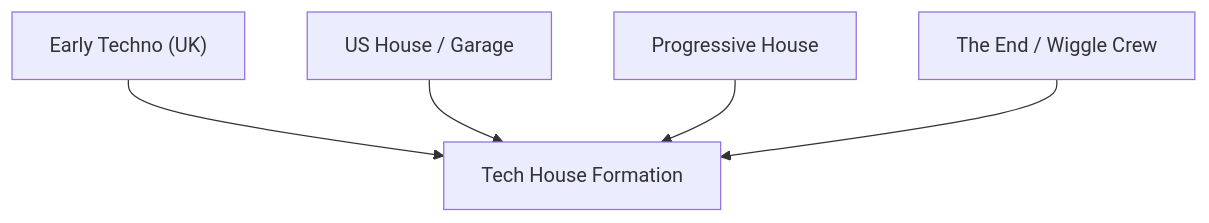
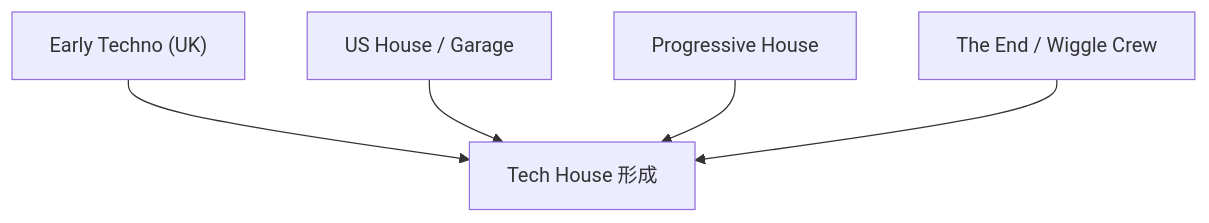
One commit to monumental-movement/monumental-movement.github.io changed the first of 4 diagrams in en/_posts/2025-12-09-column-tech-house.md. Above: the diagram before and after it, drawn with Mermaid. The commit also changed other lines of this file and 2196 other files, not shown here.

```diff
--- a/en/_posts/2025-12-09-column-tech-house.md
+++ b/en/_posts/2025-12-09-column-tech-house.md
@@ -96,7 +96,7 @@
 <div class="mermaid">
 flowchart TD
-    A["Early Techno (UK)"] --> D["Tech House Formation"]
+    A["Early Techno (UK)"] --> D["Tech House 形成"]
     B["US House / Garage"] --> D
     C["Progressive House"] --> D
     E["The End / Wiggle Crew"] --> D
 </div>
```
